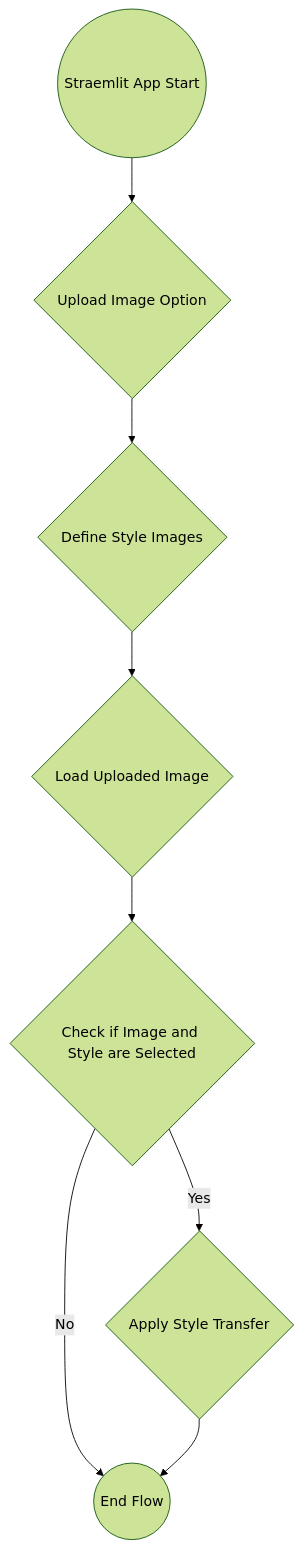
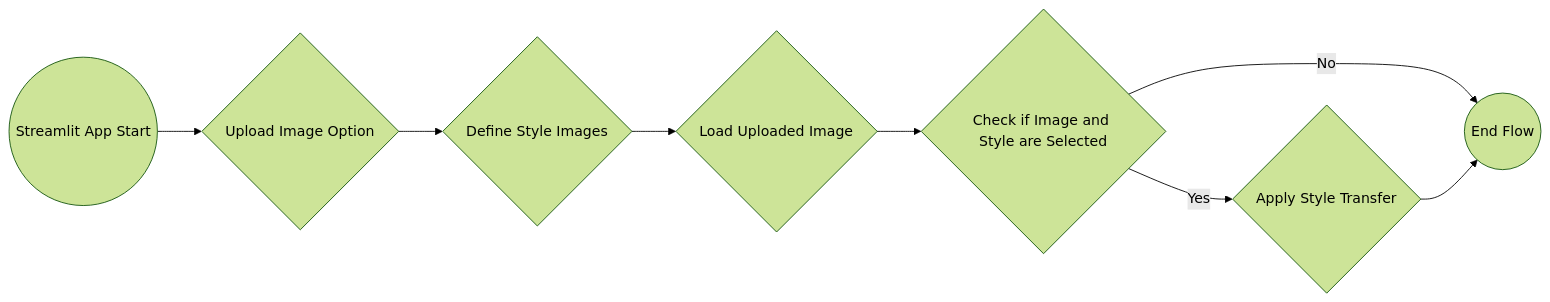
Before and after one commit to aniketyevankar/image-style-transfer: the diagram in README.md, drawn with Mermaid (forest theme).

Commit message:
mermaid chart orientation correction

````diff
--- a/README.md
+++ b/README.md
@@ -27,10 +27,10 @@
 ```mermaid
-graph TD
-    A((Straemlit App Start)) --> B{Upload Image Option}
+graph LR
+    A((Streamlit App Start)) --> B{Upload Image Option}
     B --> C{Define Style Images}
     C --> D{Load Uploaded Image}
     D --> E{Check if Image and Style are Selected}
     E -- Yes --> F{Apply Style Transfer}
     E -- No --> N((End Flow))
     F --> N((End Flow))
 ```
````
